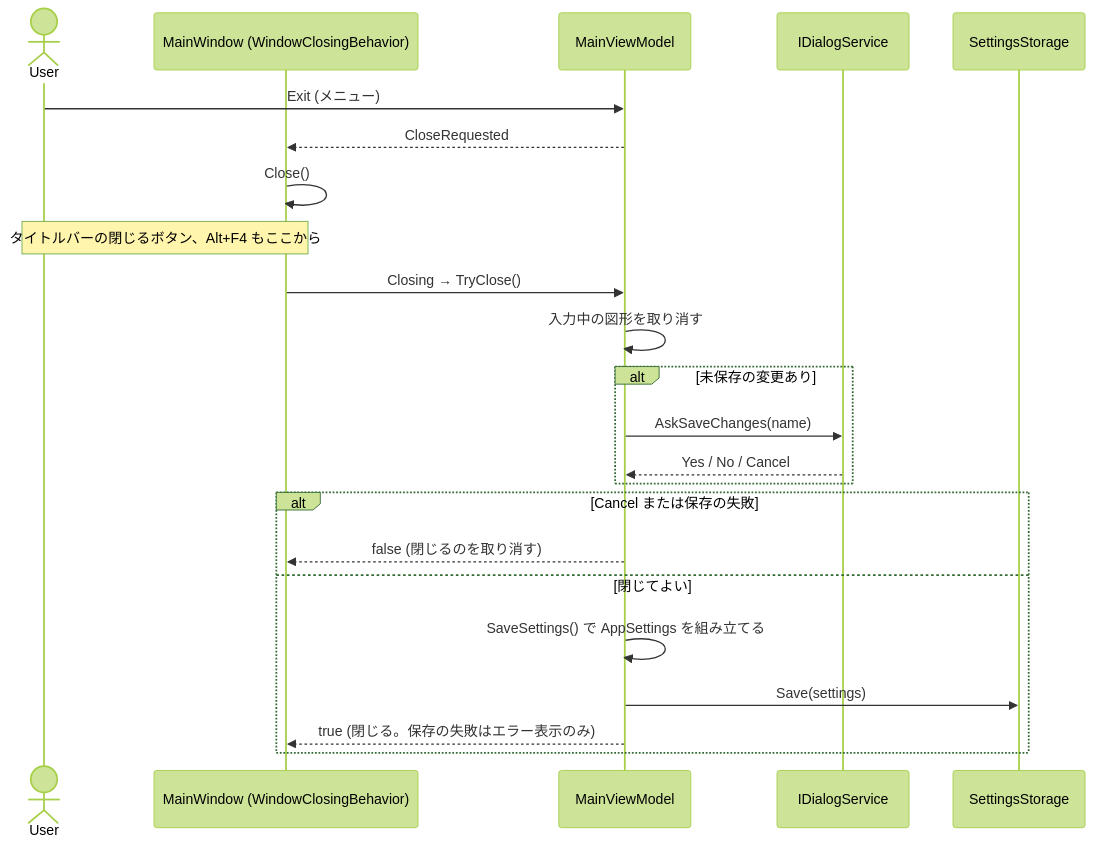
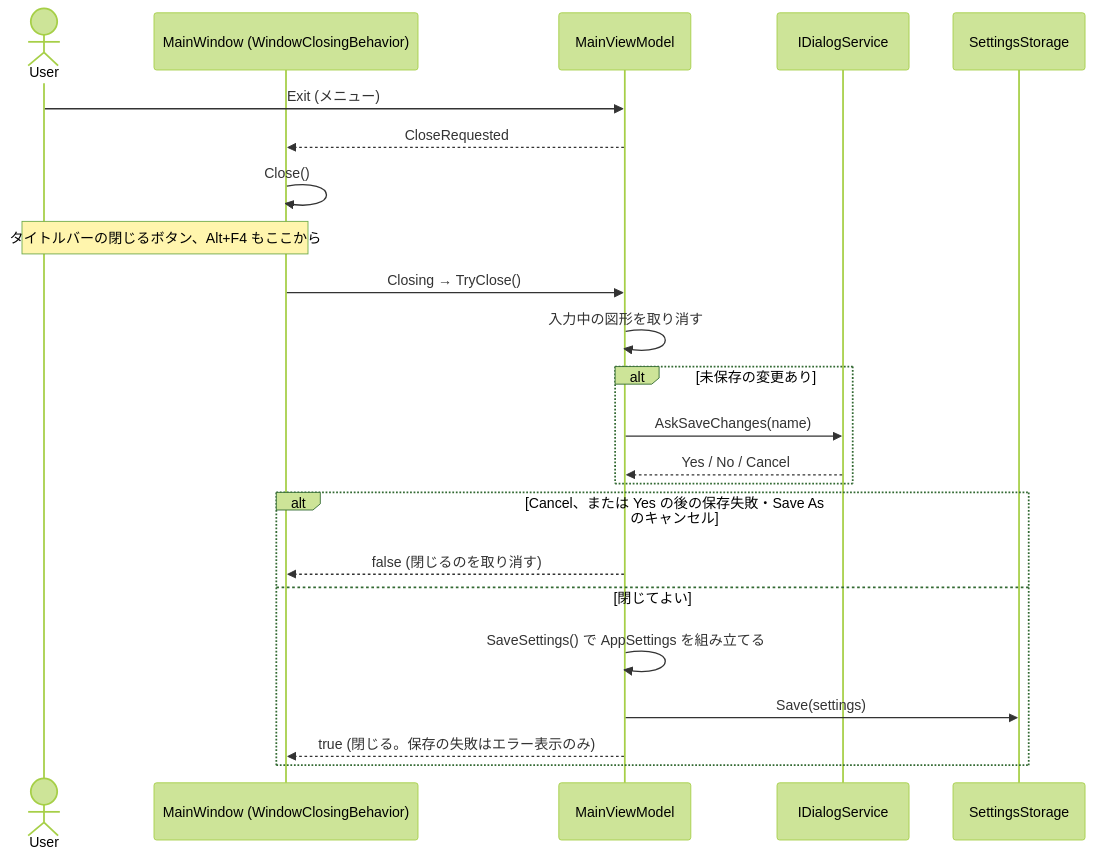
One commit to Fujiwo/Shos.WpfCadSample changed diagram 11 of 11 in Documents/20261105-cad-architecture.md. Above: the diagram before and after it, drawn with Mermaid (forest theme). The commit also changed other lines of this file and 6 other files, not shown here.

````diff
--- a/Documents/20261105-cad-architecture.md
+++ b/Documents/20261105-cad-architecture.md
@@ -588,25 +609,25 @@
 ```mermaid
 sequenceDiagram
     actor User
     participant MW as MainWindow (WindowClosingBehavior)
     participant MVM as MainViewModel
     participant DS as IDialogService
     participant SS as SettingsStorage
     User->>MVM: Exit (メニュー)
     MVM-->>MW: CloseRequested
     MW->>MW: Close()
     Note over User,MW: タイトルバーの閉じるボタン、Alt+F4 もここから
     MW->>MVM: Closing → TryClose()
     MVM->>MVM: 入力中の図形を取り消す
     alt 未保存の変更あり
         MVM->>DS: AskSaveChanges(name)
         DS-->>MVM: Yes / No / Cancel
     end
-    alt Cancel または保存の失敗
+    alt Cancel、または Yes の後の保存失敗・Save As のキャンセル
         MVM-->>MW: false (閉じるのを取り消す)
     else 閉じてよい
         MVM->>MVM: SaveSettings() で AppSettings を組み立てる
         MVM->>SS: Save(settings)
         MVM-->>MW: true (閉じる。保存の失敗はエラー表示のみ)
     end
 ```
````
